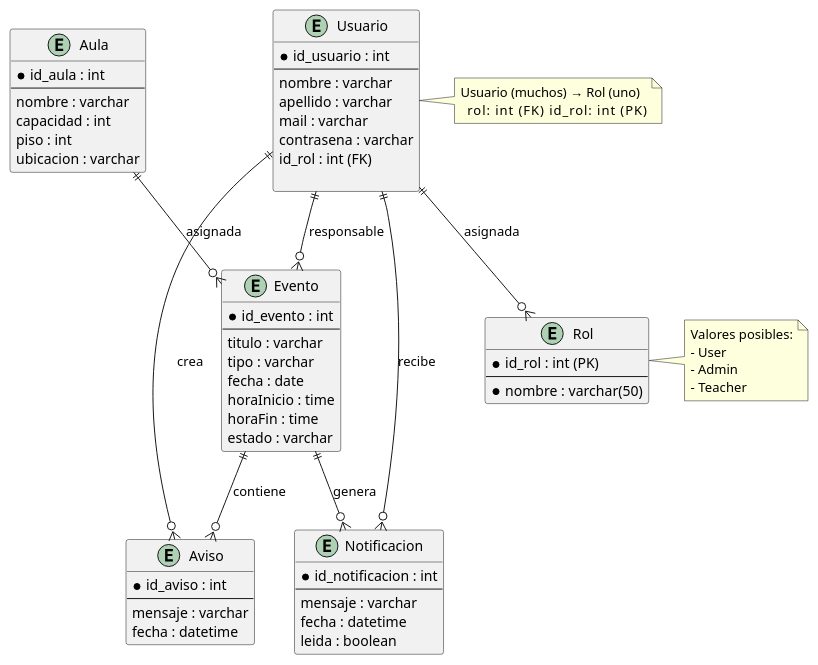
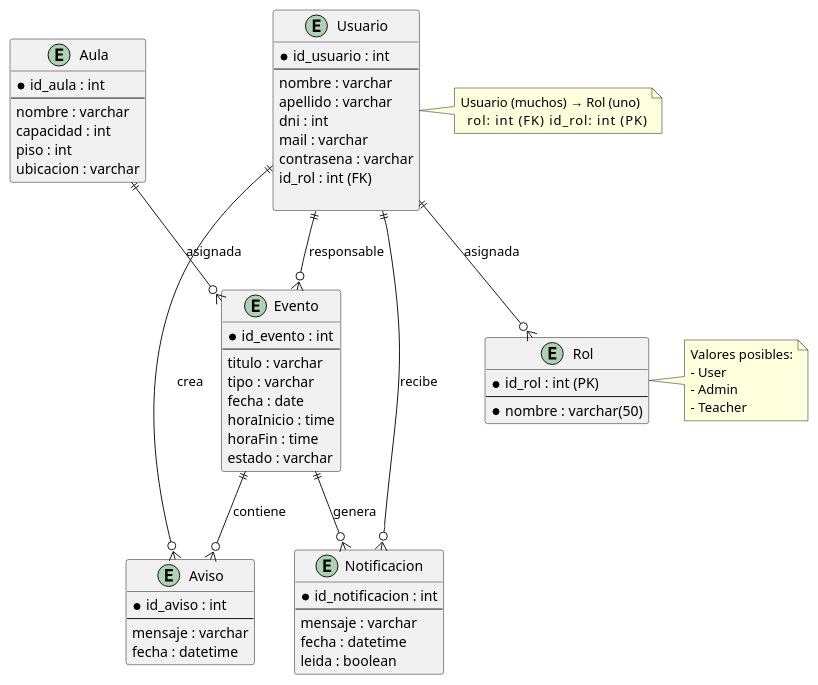
The diagram in documentacion/der.puml (MaiaBiribin/tp-campus-universitario), drawn with PlantUML before and after one commit. The commit also changed 10 other files, not shown here.

```diff
--- a/documentacion/der.puml
+++ b/documentacion/der.puml
@@ -1,80 +1,81 @@
 @startuml der
 
 entity Rol {
     * id_rol : int (PK)
     --
     * nombre : varchar(50)
 }
 
 entity Usuario {
   * id_usuario : int
   --
   nombre : varchar
   apellido : varchar
+  dni : int
   mail : varchar
   contrasena : varchar
   id_rol : int (FK)
   
 }
 
 entity Aula {
   * id_aula : int
   --
   nombre : varchar
   capacidad : int
   piso : int
   ubicacion : varchar
 }
 
 entity Evento {
   * id_evento : int
   --
   titulo : varchar
   tipo : varchar
   fecha : date
   horaInicio : time
   horaFin : time
   estado : varchar
 }
 
 entity Notificacion {
   * id_notificacion : int
   --
   mensaje : varchar
   fecha : datetime
   leida : boolean
 }
 
 entity Aviso {
   * id_aviso : int
   --
   mensaje : varchar
   fecha : datetime
 }
 
 ' RELACIONES
 
 note right of Rol
 Valores posibles:
 - User
 - Admin
 - Teacher
 end note
 
 note right of Usuario
 Usuario (muchos) → Rol (uno)
   rol: int (FK)         id_rol: int (PK)
 end note
 
 Usuario ||--o{ Evento : responsable
 Aula ||--o{ Evento : asignada
 
 Usuario ||--o{ Notificacion : recibe
 Evento ||--o{ Notificacion : genera
 
 Usuario ||--o{ Aviso : crea
 Evento ||--o{ Aviso : contiene
 
 Usuario ||--o{ Rol : asignada
 
 @enduml
```
